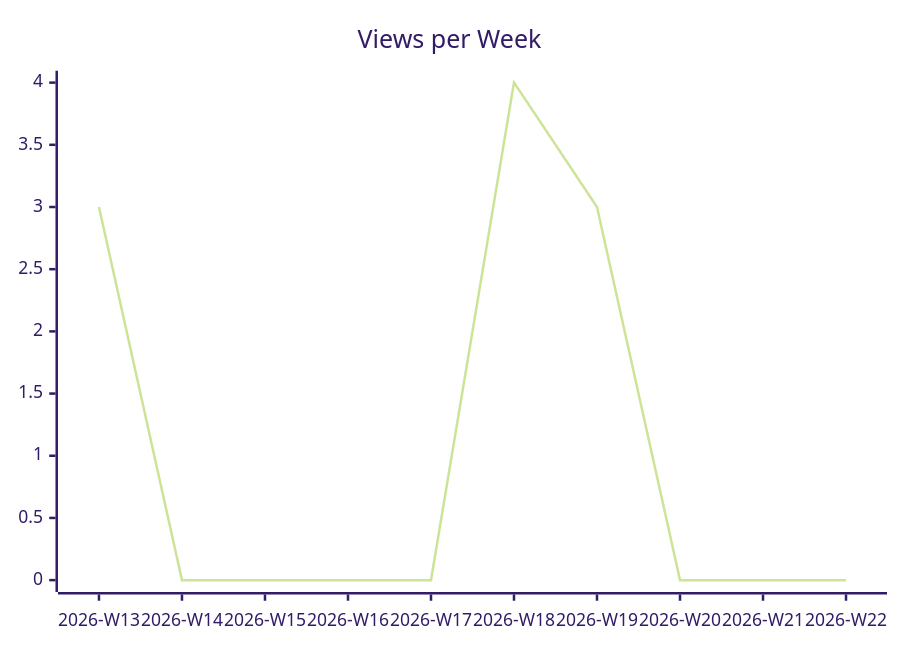
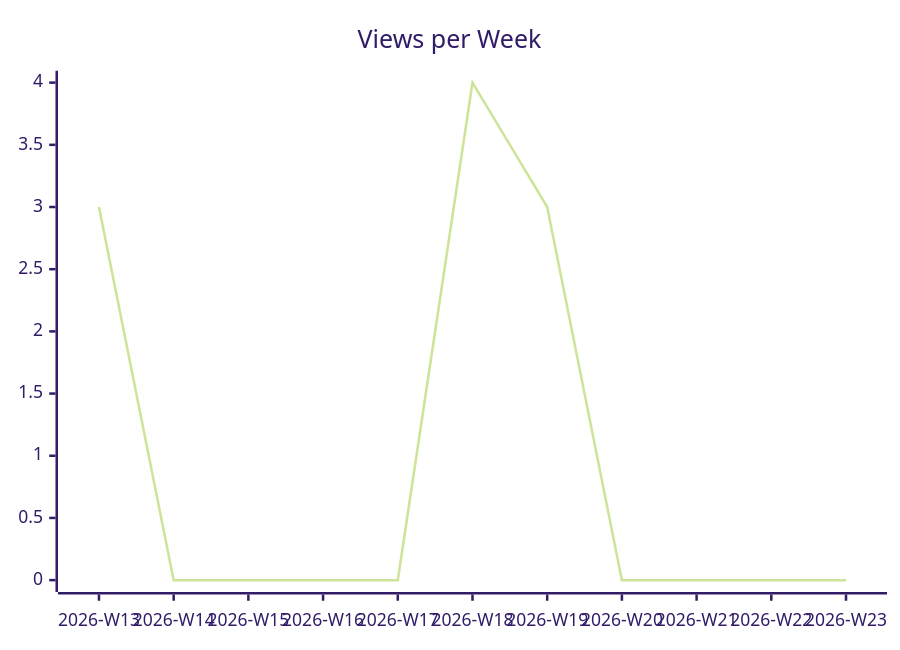
Before and after one commit to justdavis-family/github-analytics-data: the second of 3 diagrams in karlmdavis/kxml2/README.md, drawn with Mermaid (forest theme). The commit also changed other lines of this file and 186 other files, not shown here.

````diff
--- a/karlmdavis/kxml2/README.md
+++ b/karlmdavis/kxml2/README.md
@@ -12,6 +12,6 @@
 ```mermaid
 xychart-beta
   title "Views per Week"
-  x-axis ["2026-W13", "2026-W14", "2026-W15", "2026-W16", "2026-W17", "2026-W18", "2026-W19", "2026-W20", "2026-W21", "2026-W22"]
-  line [3, 0, 0, 0, 0, 4, 3, 0, 0, 0]
+  x-axis ["2026-W13", "2026-W14", "2026-W15", "2026-W16", "2026-W17", "2026-W18", "2026-W19", "2026-W20", "2026-W21", "2026-W22", "2026-W23"]
+  line [3, 0, 0, 0, 0, 4, 3, 0, 0, 0, 0]
 ```
````
